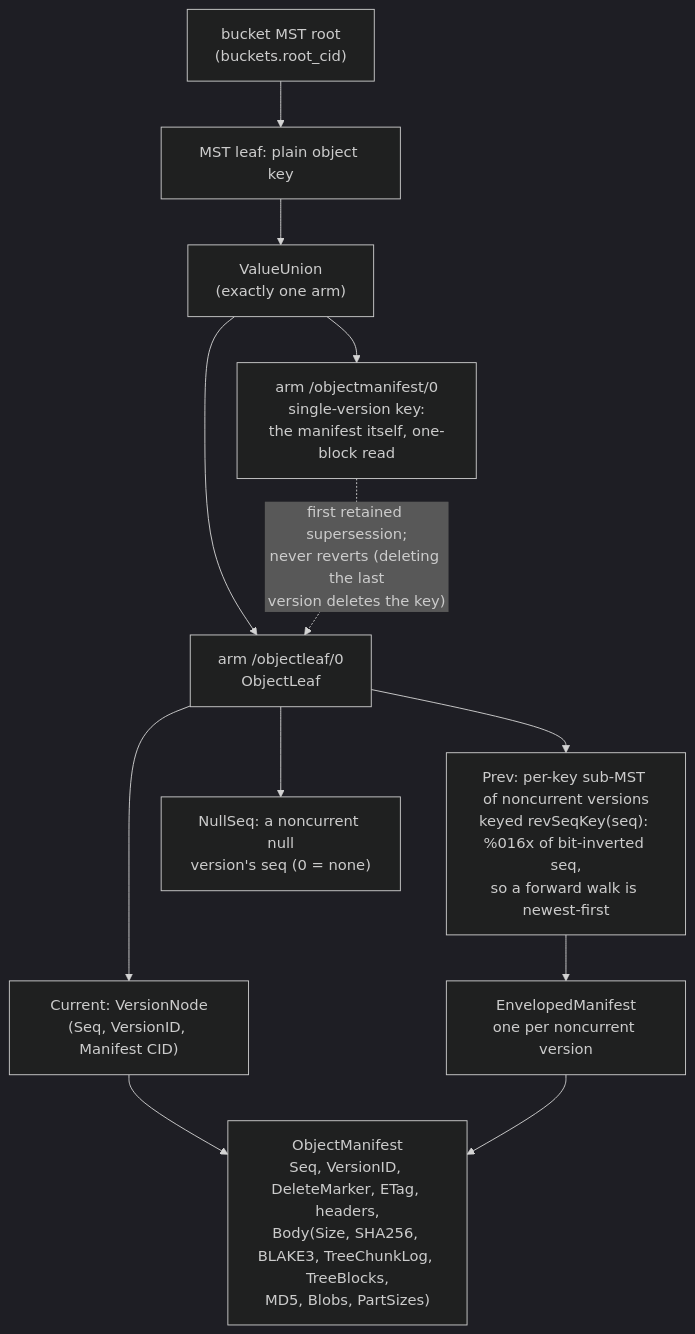
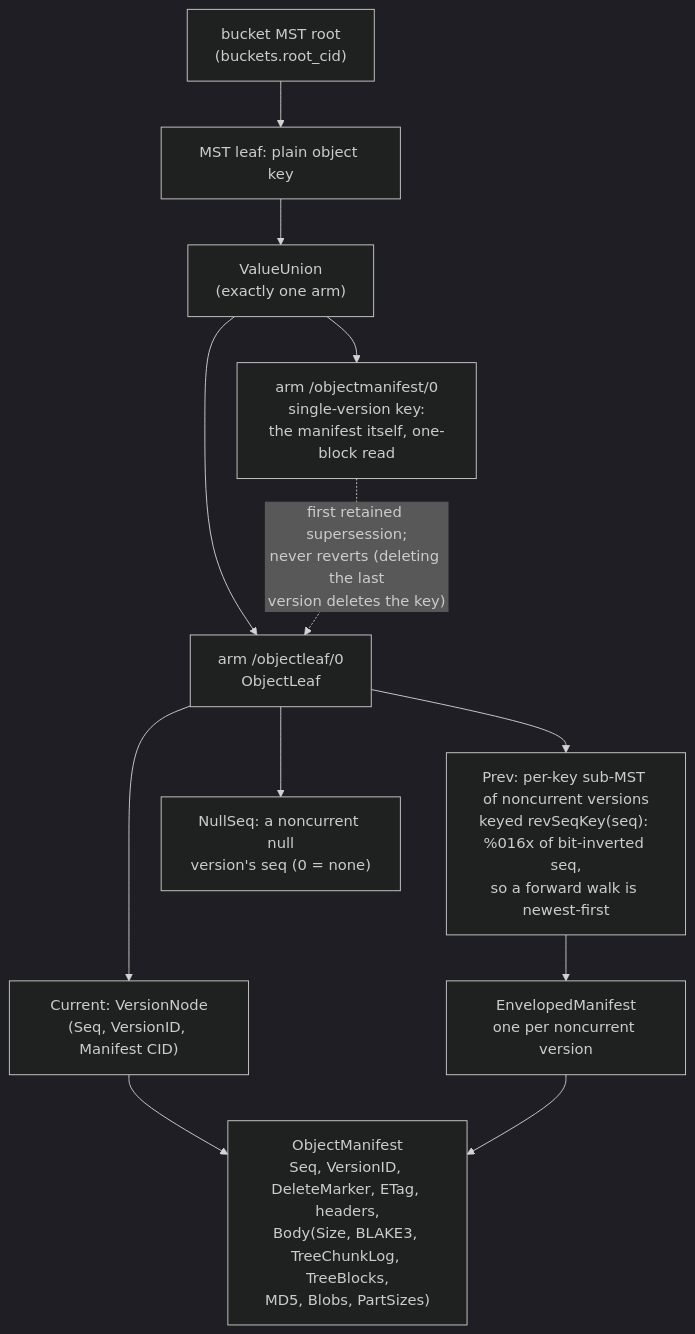
Before and after one commit to fil-forge/ingot: the ninth of 14 diagrams in docs/diagrams.md, drawn with Mermaid (dark theme). The commit also changed other lines of this file and 9 other files, not shown here.

First line of the commit message:
refactor: drop body sha256 hash (#232)

````diff
--- a/docs/diagrams.md
+++ b/docs/diagrams.md
@@ -687,24 +687,24 @@
 ```mermaid
 flowchart TB
     root["bucket MST root<br/>(buckets.root_cid)"]
     leafk["MST leaf: plain object key"]
     union["ValueUnion<br/>(exactly one arm)"]
     mans["arm /objectmanifest/0<br/>single-version key:<br/>the manifest itself, one-block read"]
     leaf["arm /objectleaf/0<br/>ObjectLeaf"]
     cur["Current: VersionNode<br/>(Seq, VersionID, Manifest CID)"]
     prev["Prev: per-key sub-MST of noncurrent versions<br/>keyed revSeqKey(seq): %016x of bit-inverted seq,<br/>so a forward walk is newest-first"]
     nulls["NullSeq: a noncurrent null<br/>version's seq (0 = none)"]
     em["EnvelopedManifest<br/>one per noncurrent version"]
-    mf["ObjectManifest<br/>Seq, VersionID, DeleteMarker, ETag, headers,<br/>Body(Size, SHA256, BLAKE3, TreeChunkLog, TreeBlocks,<br/>MD5, Blobs, PartSizes)"]
+    mf["ObjectManifest<br/>Seq, VersionID, DeleteMarker, ETag, headers,<br/>Body(Size, BLAKE3, TreeChunkLog, TreeBlocks,<br/>MD5, Blobs, PartSizes)"]
 
     root --> leafk --> union
     union --> mans
     union --> leaf
     mans -.->|"first retained supersession;<br/>never reverts (deleting the last<br/>version deletes the key)"| leaf
     leaf --> cur
     leaf --> prev
     leaf --> nulls
     prev --> em
     cur --> mf
     em --> mf
 ```
````
